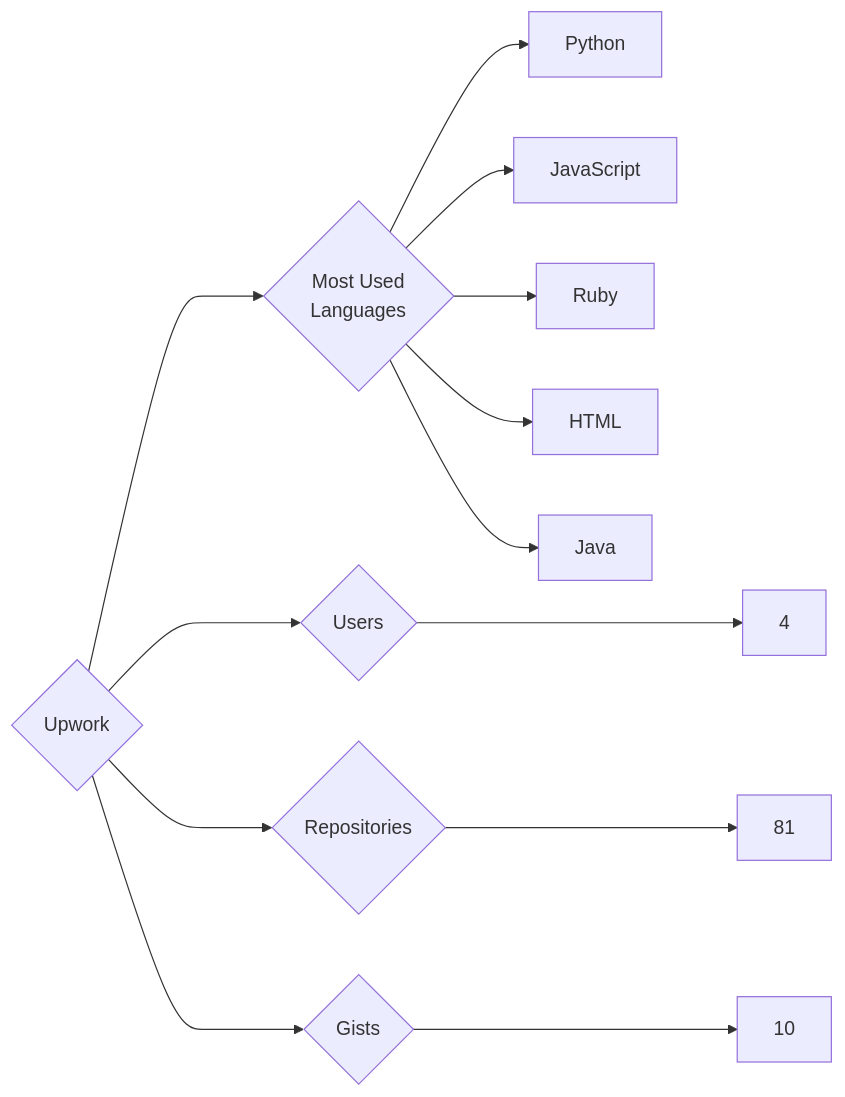
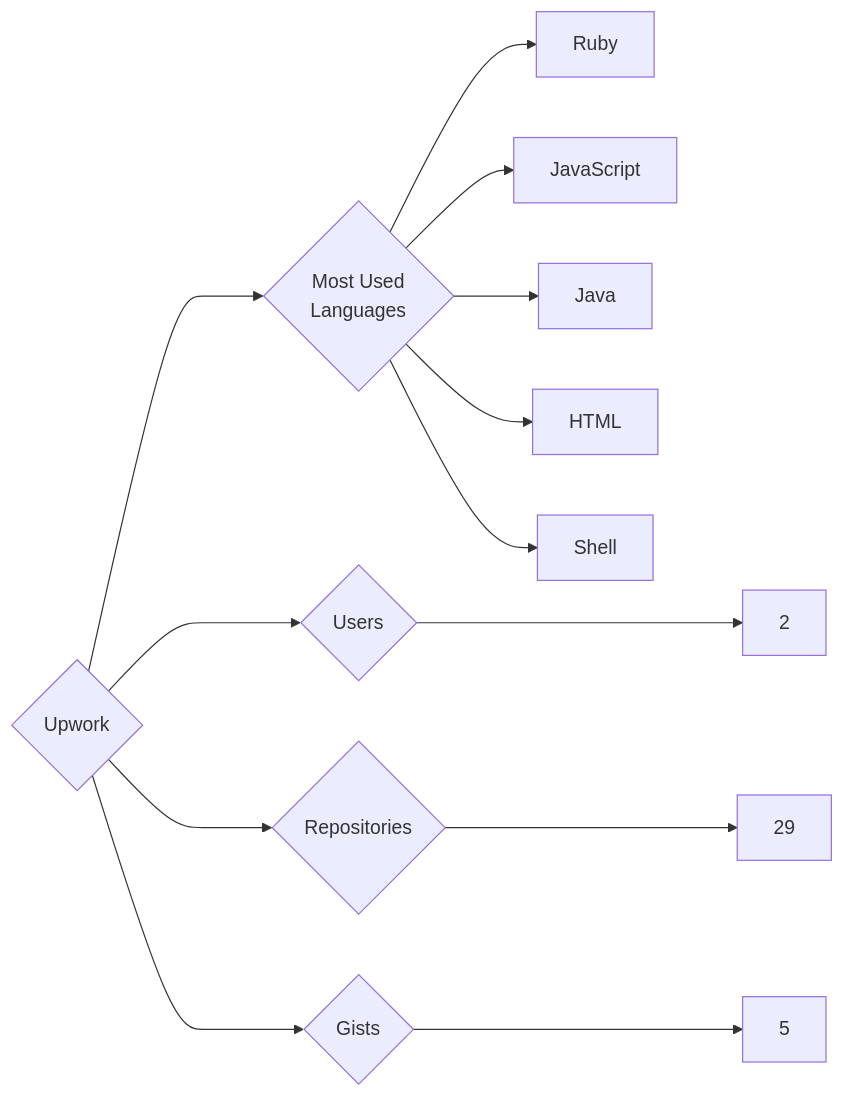
One commit to trickest/insiders changed the diagram in targets/Upwork/README.md. Above: the diagram before and after it, drawn with Mermaid. The commit also changed 860 other files, not shown here.

````diff
--- a/targets/Upwork/README.md
+++ b/targets/Upwork/README.md
@@ -3,13 +3,13 @@
 ```mermaid
 graph LR
 COMPANY_NAME{Upwork}
-COMPANY_NAME ---> U{Users} ---> UN[4]
-COMPANY_NAME ---> R{Repositories} ---> RN[81]
-COMPANY_NAME ---> G{Gists} ---> GN[10]
+COMPANY_NAME ---> U{Users} ---> UN[2]
+COMPANY_NAME ---> R{Repositories} ---> RN[29]
+COMPANY_NAME ---> G{Gists} ---> GN[5]
 COMPANY_NAME ---> ML{Most Used<br>Languages}
-ML --> Python[Python]
+ML --> Ruby[Ruby]
 ML --> JavaScript[JavaScript]
-ML --> Ruby[Ruby]
+ML --> Java[Java]
 ML --> HTML[HTML]
-ML --> Java[Java]
+ML --> Shell[Shell]
 ```
````
